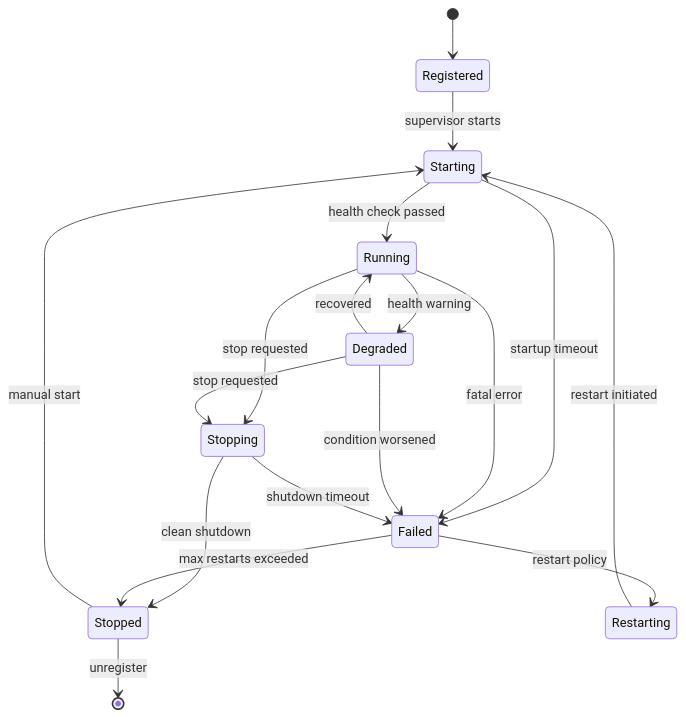
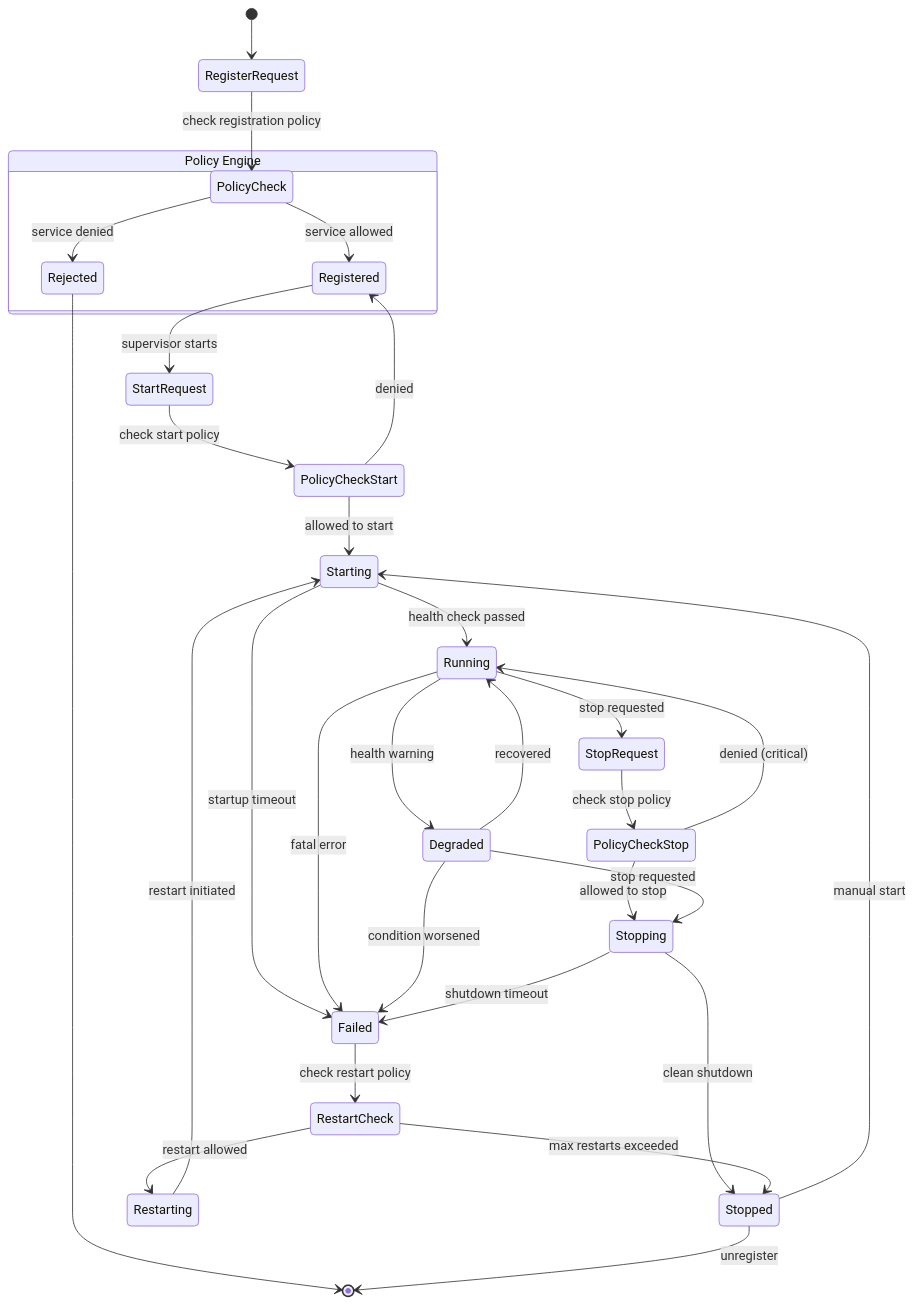
The seventh of 18 diagrams in docs/diagrams/state-machines.md (cypher-asi/zero-os), drawn with Mermaid before and after one commit. The commit also changed other lines of this file and 24 other files, not shown here.

````diff
--- a/docs/diagrams/state-machines.md
+++ b/docs/diagrams/state-machines.md
@@ -271,28 +331,46 @@
 ```mermaid
 stateDiagram-v2
-    [*] --> Registered
+    [*] --> RegisterRequest
     
-    Registered --> Starting: supervisor starts
+    RegisterRequest --> PolicyCheck: check registration policy
+    
+    state "Policy Engine" as pe {
+        PolicyCheck --> Registered: service allowed
+        PolicyCheck --> Rejected: service denied
+    }
+    
+    Rejected --> [*]
+    
+    Registered --> StartRequest: supervisor starts
+    
+    StartRequest --> PolicyCheckStart: check start policy
+    PolicyCheckStart --> Starting: allowed to start
+    PolicyCheckStart --> Registered: denied
     
     Starting --> Running: health check passed
     Starting --> Failed: startup timeout
     
     Running --> Degraded: health warning
-    Running --> Stopping: stop requested
+    Running --> StopRequest: stop requested
     Running --> Failed: fatal error
+    
+    StopRequest --> PolicyCheckStop: check stop policy
+    PolicyCheckStop --> Stopping: allowed to stop
+    PolicyCheckStop --> Running: denied (critical)
     
     Degraded --> Running: recovered
     Degraded --> Stopping: stop requested
     Degraded --> Failed: condition worsened
     
     Stopping --> Stopped: clean shutdown
     Stopping --> Failed: shutdown timeout
     
-    Failed --> Restarting: restart policy
-    Failed --> Stopped: max restarts exceeded
+    Failed --> RestartCheck: check restart policy
+    RestartCheck --> Restarting: restart allowed
+    RestartCheck --> Stopped: max restarts exceeded
     
     Restarting --> Starting: restart initiated
     
     Stopped --> Starting: manual start
     Stopped --> [*]: unregister
 ```
````
